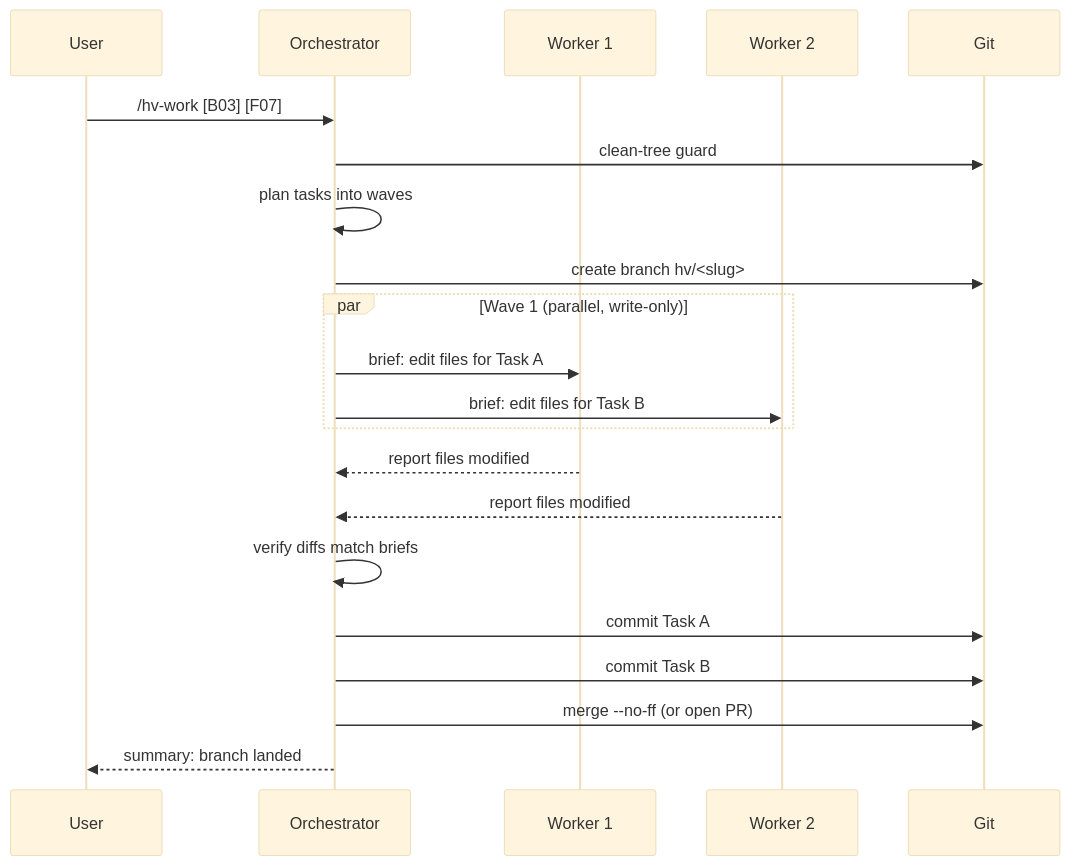
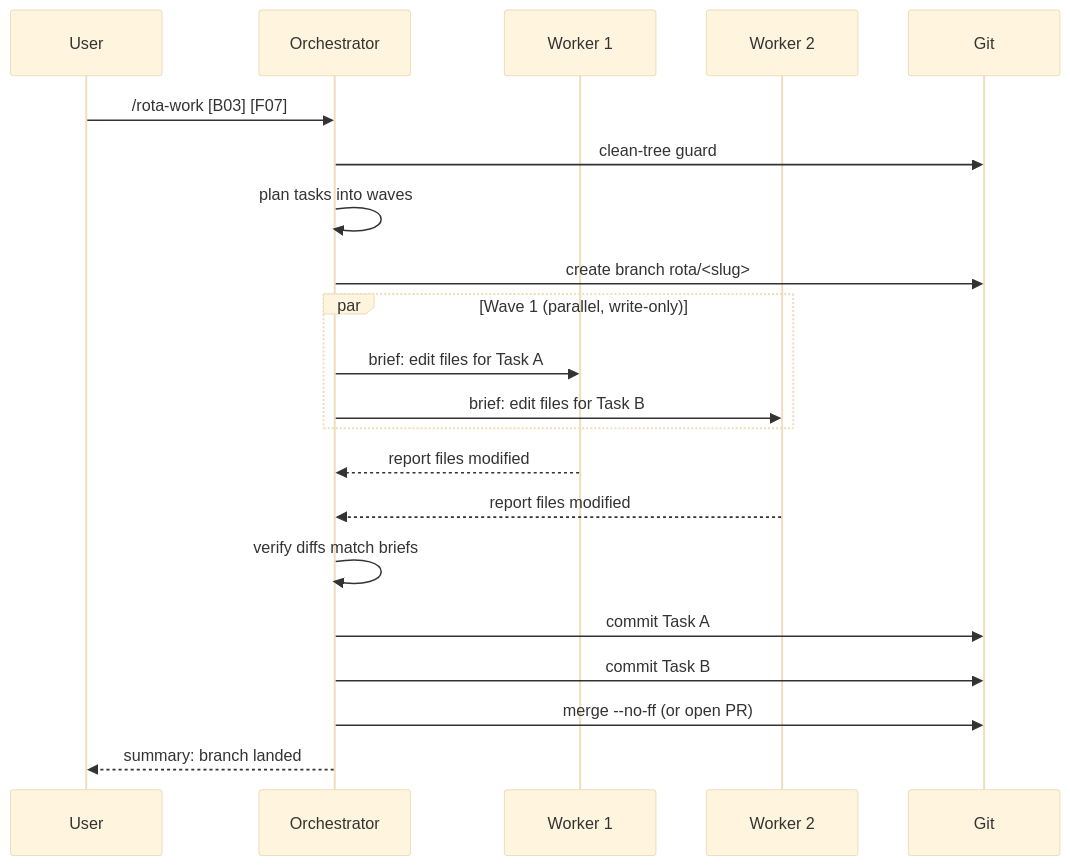
One commit to l4ci/hv-skills changed the diagram in docs/usage/running-work.md. Above: the diagram before and after it, drawn with Mermaid (base theme). The commit also changed other lines of this file and 670 other files, not shown here.

````diff
--- a/docs/usage/running-work.md
+++ b/docs/usage/running-work.md
@@ -20,24 +20,24 @@
 ```mermaid
 sequenceDiagram
     participant U as User
     participant O as Orchestrator
     participant W1 as Worker 1
     participant W2 as Worker 2
     participant G as Git
 
-    U->>O: /hv-work [B03] [F07]
+    U->>O: /rota-work [B03] [F07]
     O->>G: clean-tree guard
     O->>O: plan tasks into waves
-    O->>G: create branch hv/<slug>
+    O->>G: create branch rota/<slug>
     par Wave 1 (parallel, write-only)
         O->>W1: brief: edit files for Task A
         O->>W2: brief: edit files for Task B
     end
     W1-->>O: report files modified
     W2-->>O: report files modified
     O->>O: verify diffs match briefs
     O->>G: commit Task A
     O->>G: commit Task B
     O->>G: merge --no-ff (or open PR)
     O-->>U: summary: branch landed
 ```
````
